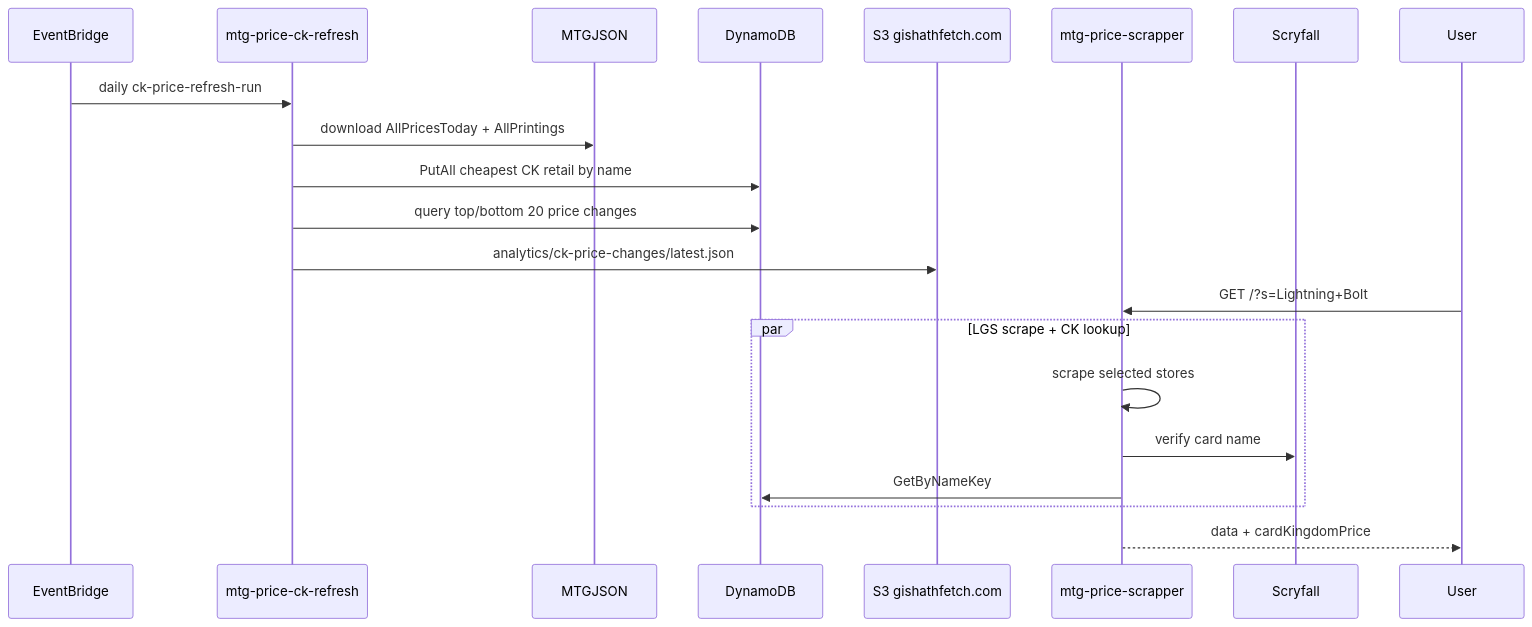
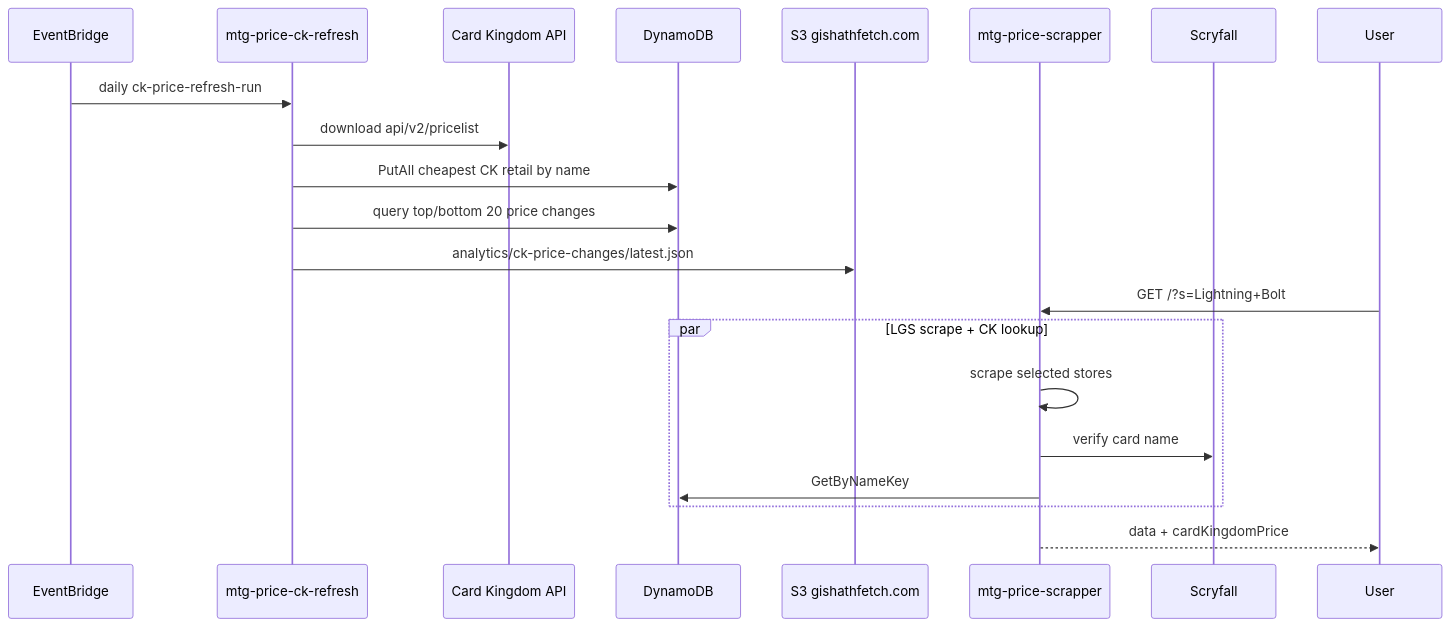
One commit to xenodus/gishathfetch changed the third of 4 diagrams in README.md. Above: the diagram before and after it, drawn with Mermaid. The commit also changed other lines of this file and 9 other files, not shown here.

First line of the commit message:
Swap CK price refresh from MTGJSON to Card Kingdom pricelist API (#283)

````diff
--- a/README.md
+++ b/README.md
@@ -153,24 +153,24 @@
 ```mermaid
 sequenceDiagram
     participant EB as EventBridge
     participant R as mtg-price-ck-refresh
-    participant M as MTGJSON
+    participant CK as Card Kingdom API
     participant D as DynamoDB
     participant S3 as S3 gishathfetch.com
     participant S as mtg-price-scrapper
     participant SF as Scryfall
     participant U as User
 
     EB->>R: daily ck-price-refresh-run
-    R->>M: download AllPricesToday + AllPrintings
+    R->>CK: download api/v2/pricelist
     R->>D: PutAll cheapest CK retail by name
     R->>D: query top/bottom 20 price changes
     R->>S3: analytics/ck-price-changes/latest.json
     U->>S: GET /?s=Lightning+Bolt
     par LGS scrape + CK lookup
         S->>S: scrape selected stores
         S->>SF: verify card name
         S->>D: GetByNameKey
     end
     S-->>U: data + cardKingdomPrice
 ```
````
